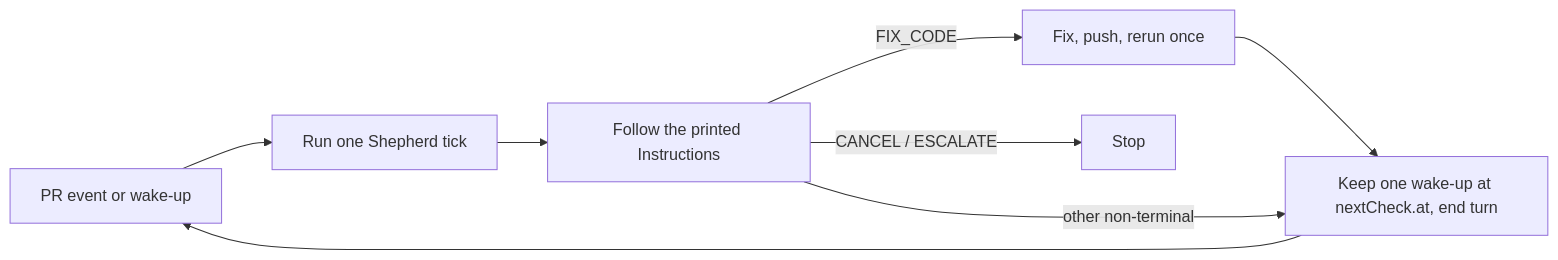
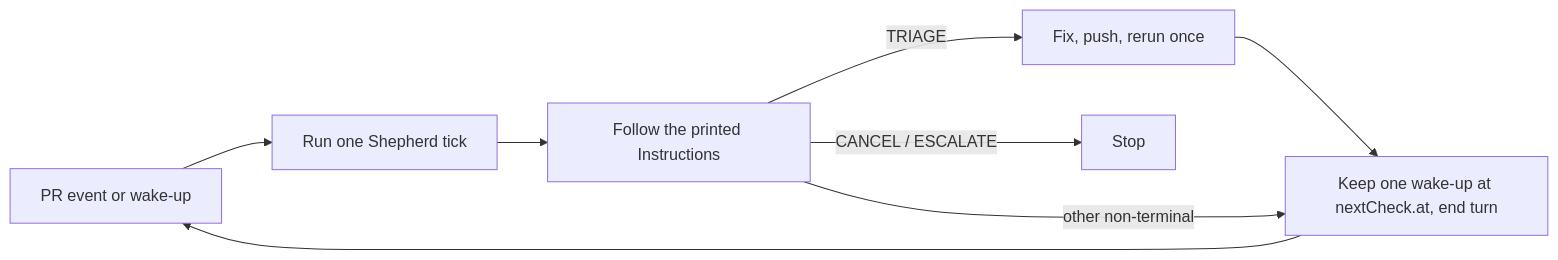
One commit to jonathanong/pr-shepherd changed the diagram in docs/cloud.md. Above: the diagram before and after it, drawn with Mermaid. The commit also changed other lines of this file and 990 other files, not shown here.

First line of the commit message:
refactor!: rename fix_code action to triage

````diff
--- a/docs/cloud.md
+++ b/docs/cloud.md
@@ -9,9 +9,9 @@
 ```mermaid
 flowchart LR
   W[PR event or wake-up] --> T[Run one Shepherd tick]
   T --> I[Follow the printed Instructions]
-  I -->|FIX_CODE| F[Fix, push, rerun once] --> E
+  I -->|TRIAGE| F[Fix, push, rerun once] --> E
   I -->|other non-terminal| E[Keep one wake-up at nextCheck.at, end turn]
   I -->|CANCEL / ESCALATE| X[Stop]
   E --> W
 ```
````
